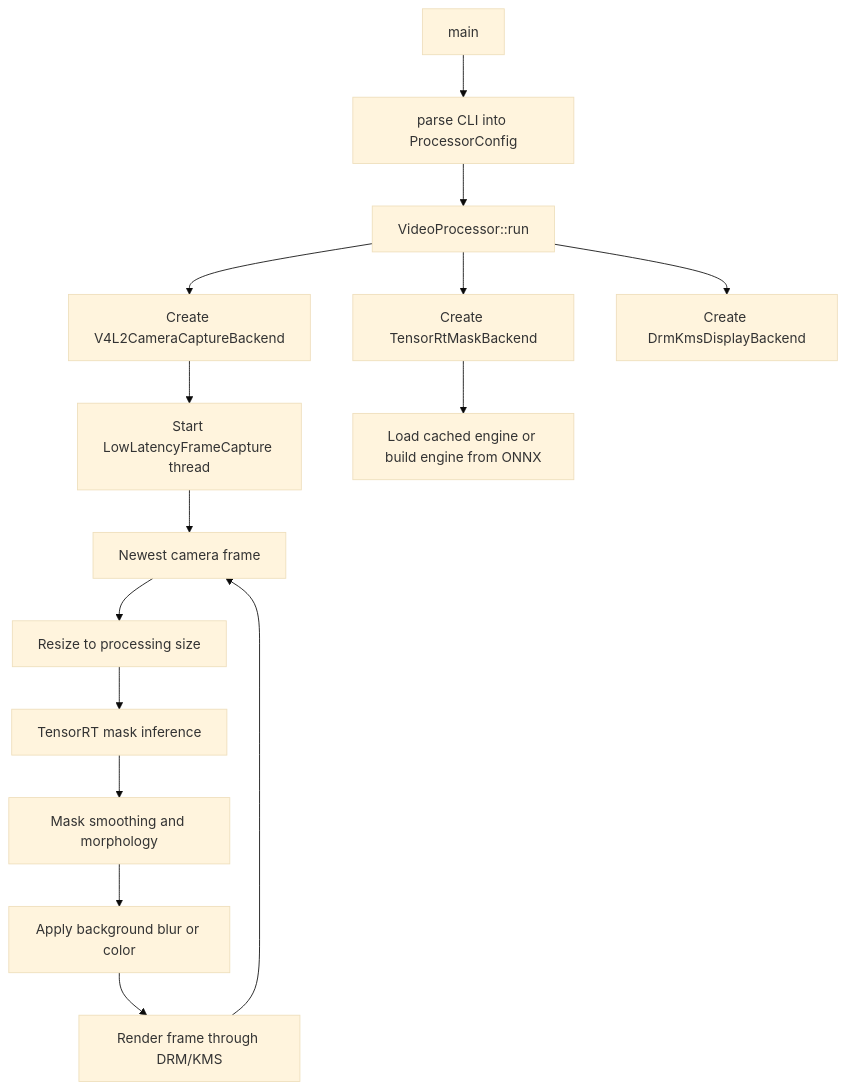
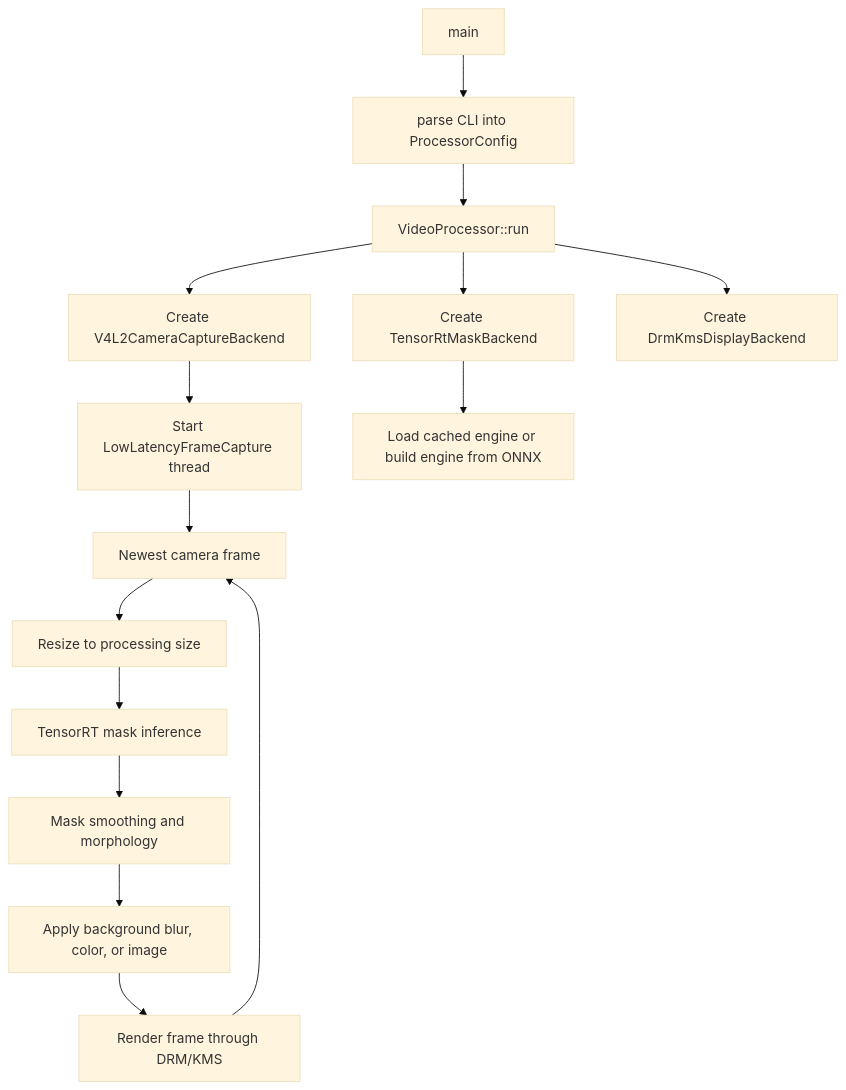
The second of 2 diagrams in docs/architecture.md (tseiman/JONImageProcessor), drawn with Mermaid (base theme) before and after one commit. The commit also changed other lines of this file and 4 other files, not shown here.

Commit message:
Add image background effect (codex supported)

````diff
--- a/docs/architecture.md
+++ b/docs/architecture.md
@@ -86,17 +86,17 @@
 ```mermaid
 flowchart TD
     A[main] --> B[parse CLI into ProcessorConfig]
     B --> C[VideoProcessor::run]
     C --> D[Create V4L2CameraCaptureBackend]
     D --> E[Start LowLatencyFrameCapture thread]
     C --> F[Create TensorRtMaskBackend]
     F --> G[Load cached engine or build engine from ONNX]
     C --> H[Create DrmKmsDisplayBackend]
     E --> I[Newest camera frame]
     I --> J[Resize to processing size]
     J --> K[TensorRT mask inference]
     K --> L[Mask smoothing and morphology]
-    L --> M[Apply background blur or color]
+    L --> M[Apply background blur, color, or image]
     M --> N[Render frame through DRM/KMS]
     N --> I
 ```
````
